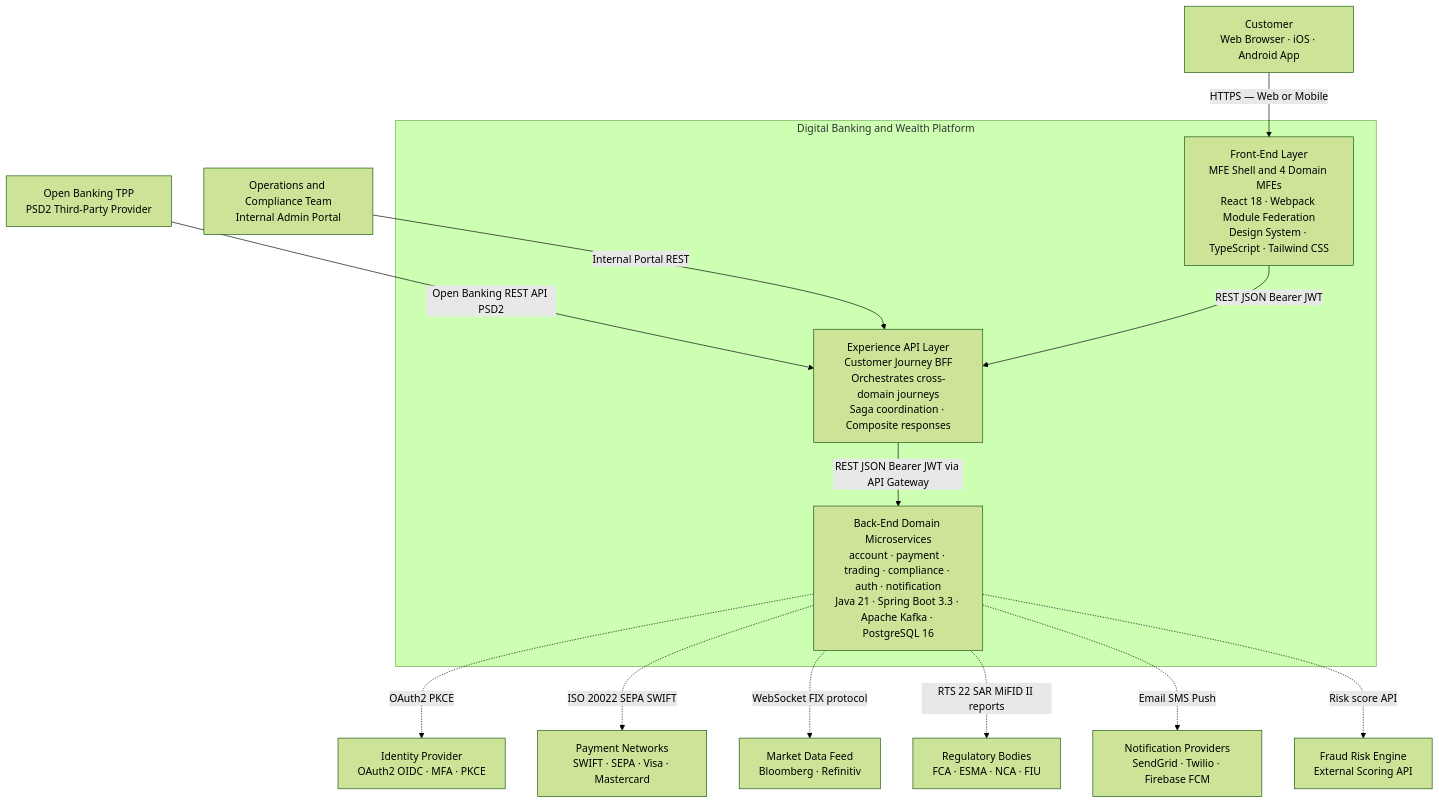
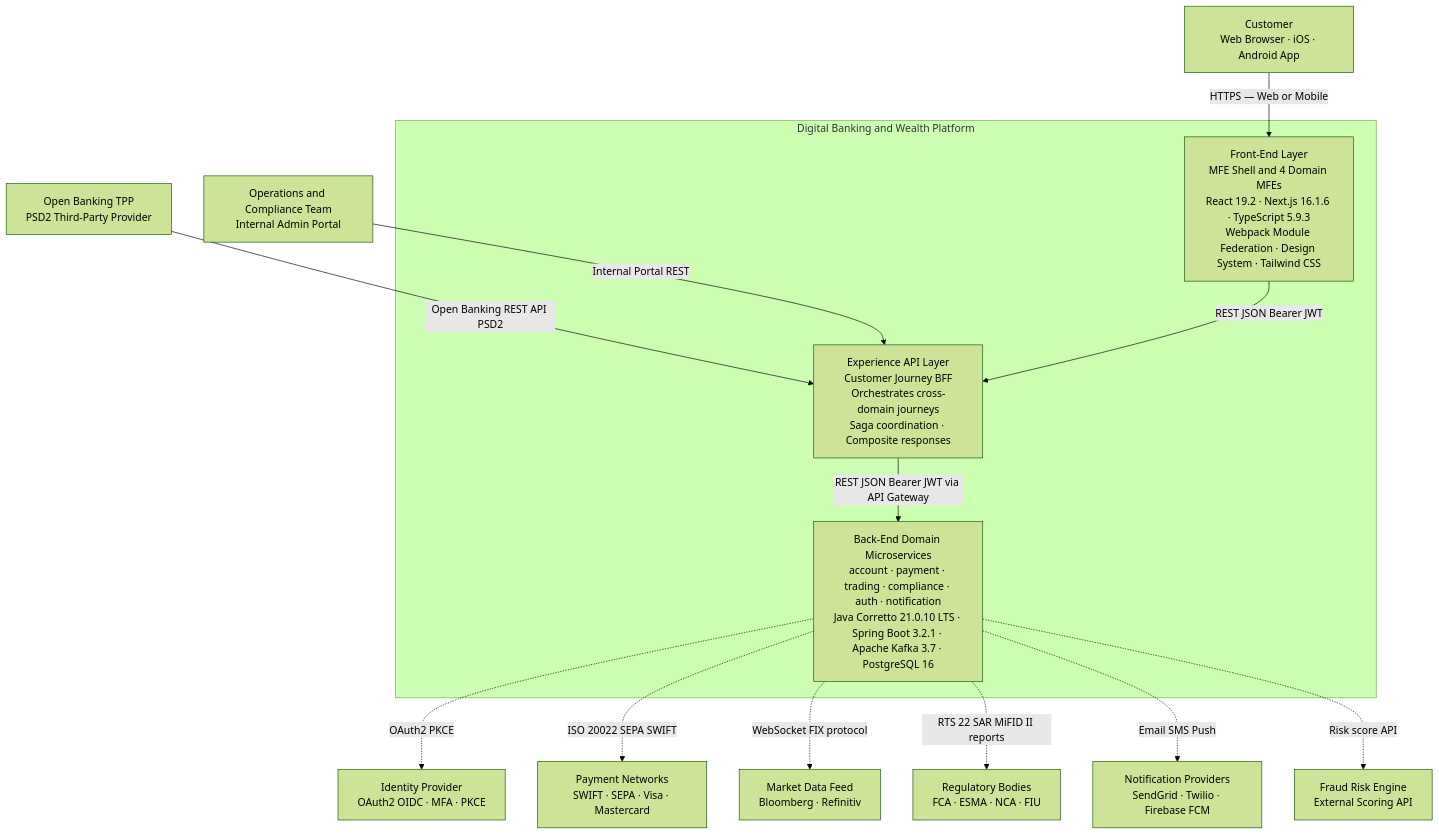
Before and after one commit to calvinlee999/Micro-Frontend-Architecture-and-UI-Component-Libraries-with-React: the first of 19 diagrams in L0_L1_ARCHITECTURE.md, drawn with Mermaid (forest theme). The commit also changed other lines of this file, not shown here.

Commit message:
feat: update L0_L1_ARCHITECTURE §7 to dotfiles SSoT versions (React 19.2, Next.js 16.1.6, TS 5.9.3, Node 24.7.0, Corretto 21.0.10, Spring Boot 3.2.1, Docker 28.3.3)

````diff
--- a/L0_L1_ARCHITECTURE.md
+++ b/L0_L1_ARCHITECTURE.md
@@ -41,33 +49,33 @@
 ```mermaid
 flowchart TB
     CUST["Customer\nWeb Browser · iOS · Android App"]
     TPP["Open Banking TPP\nPSD2 Third-Party Provider"]
     OPS["Operations and Compliance Team\nInternal Admin Portal"]
 
     subgraph PLATFORM["Digital Banking and Wealth Platform"]
-        FE["Front-End Layer\nMFE Shell and 4 Domain MFEs\nReact 18 · Webpack Module Federation\nDesign System · TypeScript · Tailwind CSS"]
+        FE["Front-End Layer\nMFE Shell and 4 Domain MFEs\nReact 19.2 · Next.js 16.1.6 · TypeScript 5.9.3\nWebpack Module Federation · Design System · Tailwind CSS"]
         EXP["Experience API Layer\nCustomer Journey BFF\nOrchestrates cross-domain journeys\nSaga coordination · Composite responses"]
-        BE["Back-End Domain Microservices\naccount · payment · trading · compliance · auth · notification\nJava 21 · Spring Boot 3.3 · Apache Kafka · PostgreSQL 16"]
+        BE["Back-End Domain Microservices\naccount · payment · trading · compliance · auth · notification\nJava Corretto 21.0.10 LTS · Spring Boot 3.2.1 · Apache Kafka 3.7 · PostgreSQL 16"]
     end
 
     IDP["Identity Provider\nOAuth2 OIDC · MFA · PKCE"]
     NET["Payment Networks\nSWIFT · SEPA · Visa · Mastercard"]
     MKT["Market Data Feed\nBloomberg · Refinitiv"]
     REG["Regulatory Bodies\nFCA · ESMA · NCA · FIU"]
     NOTIF_P["Notification Providers\nSendGrid · Twilio · Firebase FCM"]
     FRAUD_E["Fraud Risk Engine\nExternal Scoring API"]
 
     CUST -->|"HTTPS — Web or Mobile"| FE
     TPP -->|"Open Banking REST API PSD2"| EXP
     OPS -->|"Internal Portal REST"| EXP
 
     FE -->|"REST JSON Bearer JWT"| EXP
     EXP -->|"REST JSON Bearer JWT via API Gateway"| BE
 
     BE -.->|"OAuth2 PKCE"| IDP
     BE -.->|"ISO 20022 SEPA SWIFT"| NET
     BE -.->|"WebSocket FIX protocol"| MKT
     BE -.->|"RTS 22 SAR MiFID II reports"| REG
     BE -.->|"Email SMS Push"| NOTIF_P
     BE -.->|"Risk score API"| FRAUD_E
 ```
````
